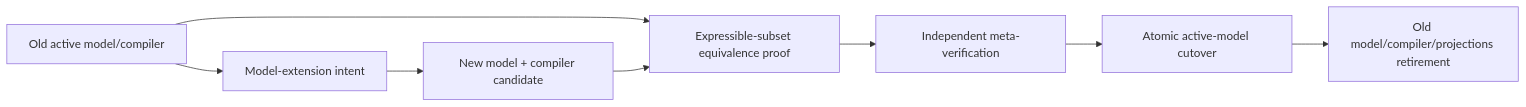
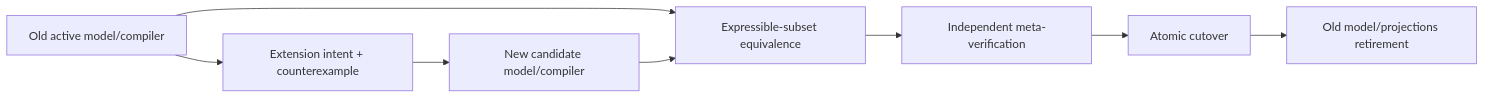
Before and after one commit to sec-platform/sec: diagram 11 of 14 in docs/system-architecture.md, drawn with Mermaid. The commit also changed other lines of this file and 14 other files, not shown here.

````diff
--- a/docs/system-architecture.md
+++ b/docs/system-architecture.md
@@ -415,10 +641,10 @@
 ```mermaid
 flowchart LR
-  O[Old active model/compiler] --> I[Model-extension intent]
-  I --> N[New model + compiler candidate]
-  O --> E[Expressible-subset equivalence proof]
+  O[Old active model/compiler] --> I[Extension intent + counterexample]
+  I --> N[New candidate model/compiler]
+  O --> E[Expressible-subset equivalence]
   N --> E
   E --> V[Independent meta-verification]
-  V --> C[Atomic active-model cutover]
-  C --> R[Old model/compiler/projections retirement]
+  V --> C[Atomic cutover]
+  C --> R[Old model/projections retirement]
 ```
````
